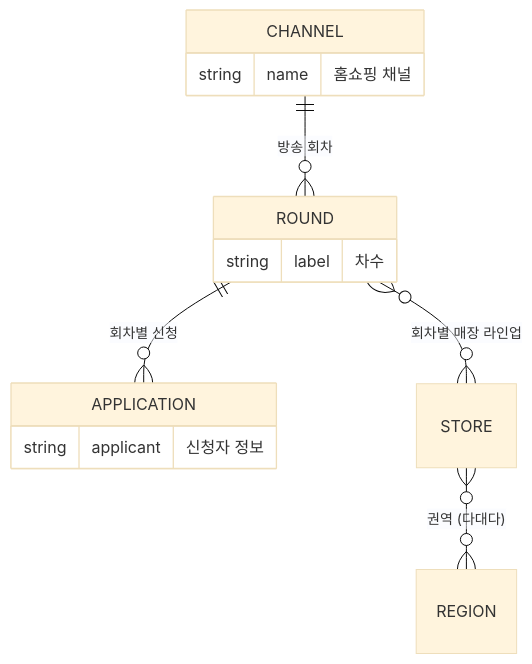
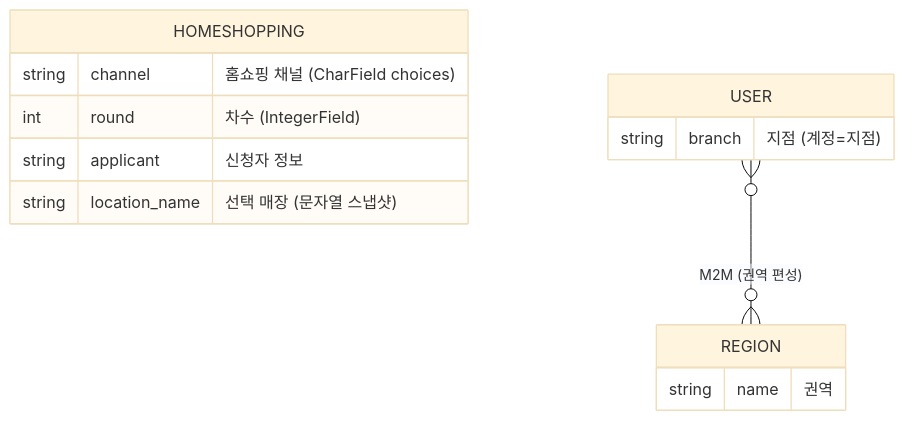
One commit to jinseungyeol/case-studies changed the diagram in caloriebar/docs/architecture.md. Above: the diagram before and after it, drawn with Mermaid (base theme). The commit also changed other lines of this file and 6 other files, not shown here.

````diff
--- a/caloriebar/docs/architecture.md
+++ b/caloriebar/docs/architecture.md
@@ -15,11 +17,16 @@
 ```mermaid
 erDiagram
-    CHANNEL ||--o{ ROUND : "방송 회차"
-    ROUND ||--o{ APPLICATION : "회차별 신청"
-    ROUND }o--o{ STORE : "회차별 매장 라인업"
-    STORE }o--o{ REGION : "권역 (다대다)"
-
-    CHANNEL { string name "홈쇼핑 채널" }
-    ROUND { string label "차수" }
-    APPLICATION { string applicant "신청자 정보" }
+    HOMESHOPPING {
+        string channel "홈쇼핑 채널 (CharField choices)"
+        int round "차수 (IntegerField)"
+        string applicant "신청자 정보"
+        string location_name "선택 매장 (문자열 스냅샷)"
+    }
+    USER {
+        string branch "지점 (계정=지점)"
+    }
+    REGION {
+        string name "권역"
+    }
+    USER }o--o{ REGION : "M2M (권역 편성)"
 ```
````
